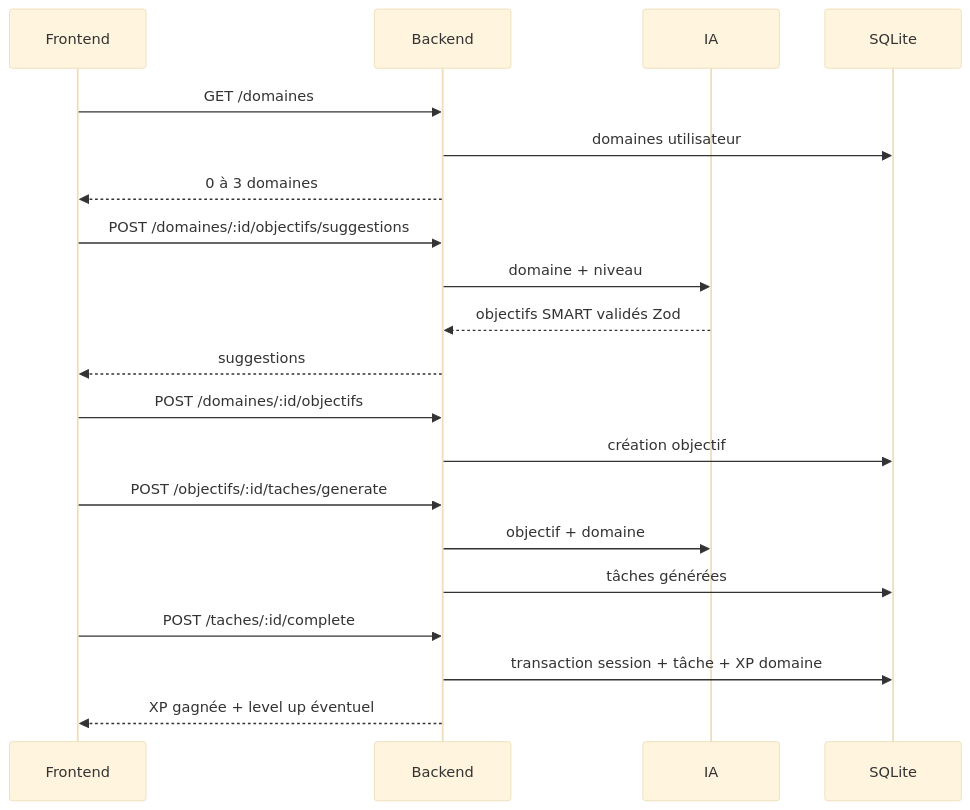
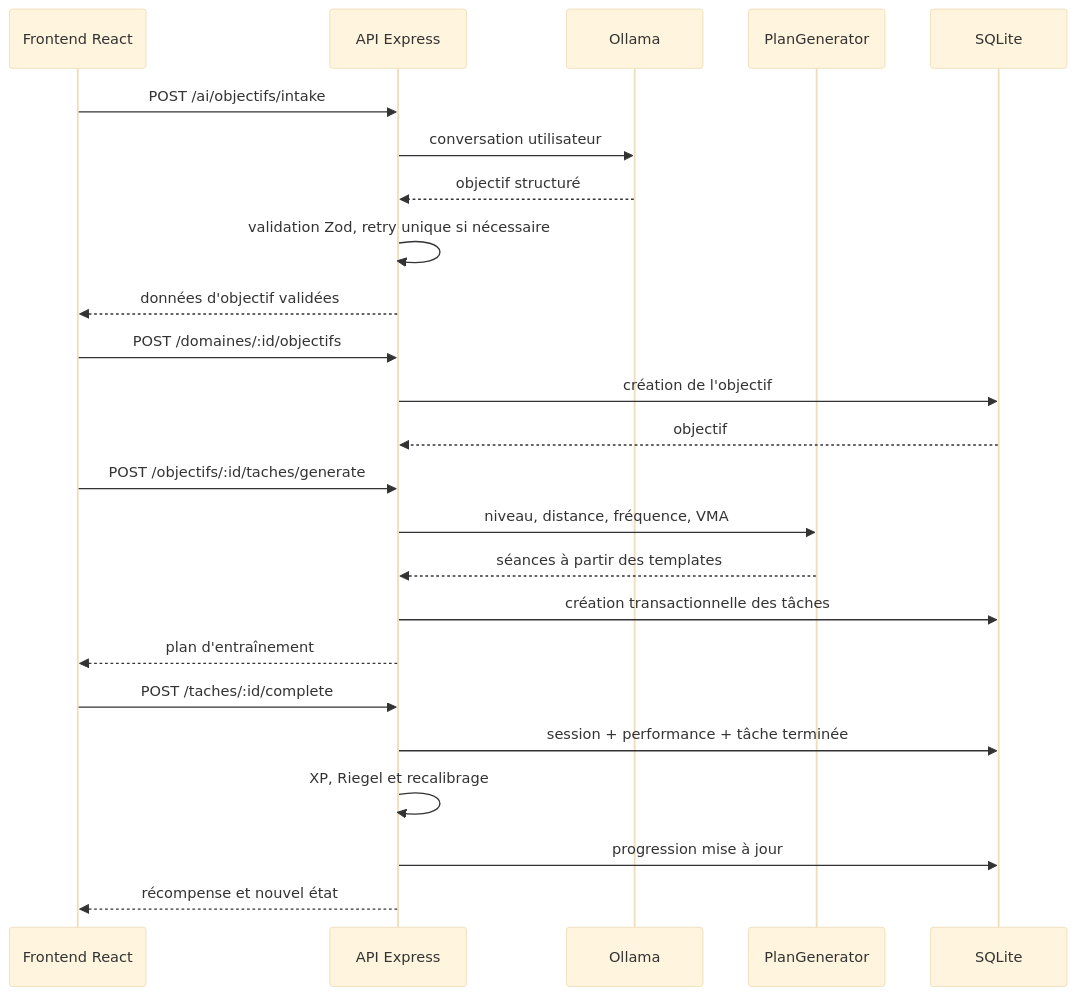
The second of 2 diagrams in README.md (MaximeLemesle/systeme), drawn with Mermaid (base theme) before and after one commit. The commit also changed other lines of this file, not shown here.

````diff
--- a/README.md
+++ b/README.md
@@ -56,27 +48,30 @@
 ```mermaid
 sequenceDiagram
-  participant UI as Frontend
-  participant API as Backend
-  participant AI as IA
-  participant DB as SQLite
+    participant UI as Frontend React
+    participant API as API Express
+    participant IA as Ollama
+    participant PLAN as PlanGenerator
+    participant DB as SQLite
 
-  UI->>API: GET /domaines
-  API->>DB: domaines utilisateur
-  API-->>UI: 0 à 3 domaines
+    UI->>API: POST /ai/objectifs/intake
+    API->>IA: conversation utilisateur
+    IA-->>API: objectif structuré
+    API->>API: validation Zod, retry unique si nécessaire
+    API-->>UI: données d'objectif validées
 
-  UI->>API: POST /domaines/:id/objectifs/suggestions
-  API->>AI: domaine + niveau
-  AI-->>API: objectifs SMART validés Zod
-  API-->>UI: suggestions
+    UI->>API: POST /domaines/:id/objectifs
+    API->>DB: création de l'objectif
+    DB-->>API: objectif
 
-  UI->>API: POST /domaines/:id/objectifs
-  API->>DB: création objectif
+    UI->>API: POST /objectifs/:id/taches/generate
+    API->>PLAN: niveau, distance, fréquence, VMA
+    PLAN-->>API: séances à partir des templates
+    API->>DB: création transactionnelle des tâches
+    API-->>UI: plan d'entraînement
 
-  UI->>API: POST /objectifs/:id/taches/generate
-  API->>AI: objectif + domaine
-  API->>DB: tâches générées
-
-  UI->>API: POST /taches/:id/complete
-  API->>DB: transaction session + tâche + XP domaine
-  API-->>UI: XP gagnée + level up éventuel
+    UI->>API: POST /taches/:id/complete
+    API->>DB: session + performance + tâche terminée
+    API->>API: XP, Riegel et recalibrage
+    API->>DB: progression mise à jour
+    API-->>UI: récompense et nouvel état
 ```
````
